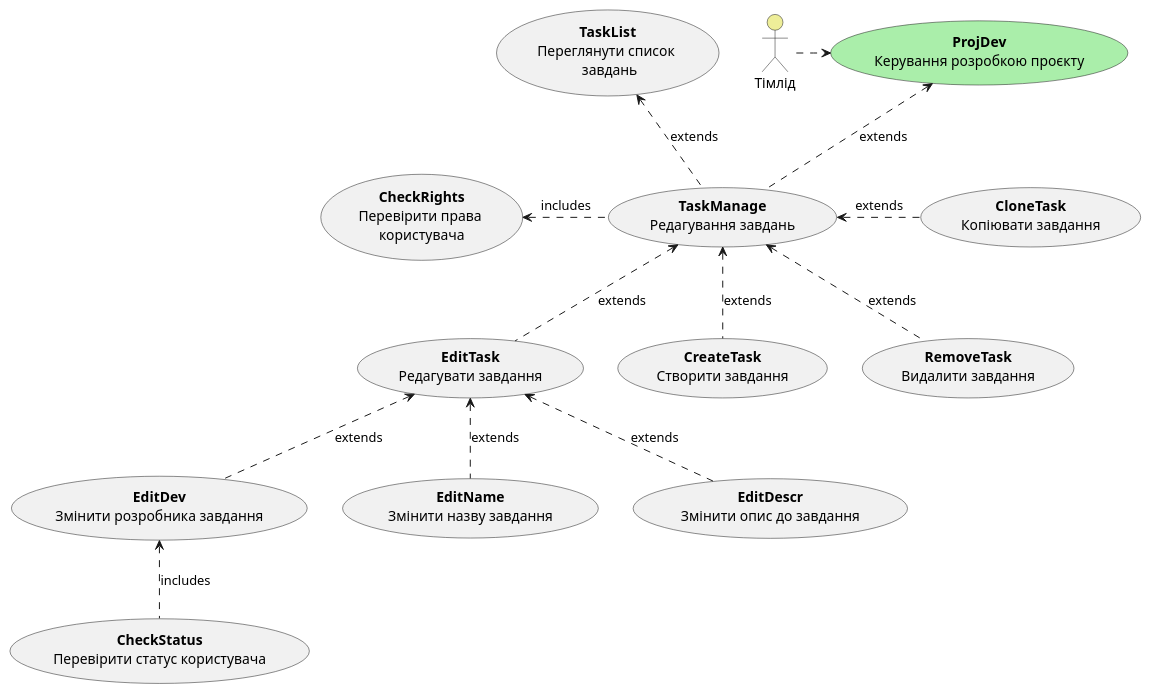
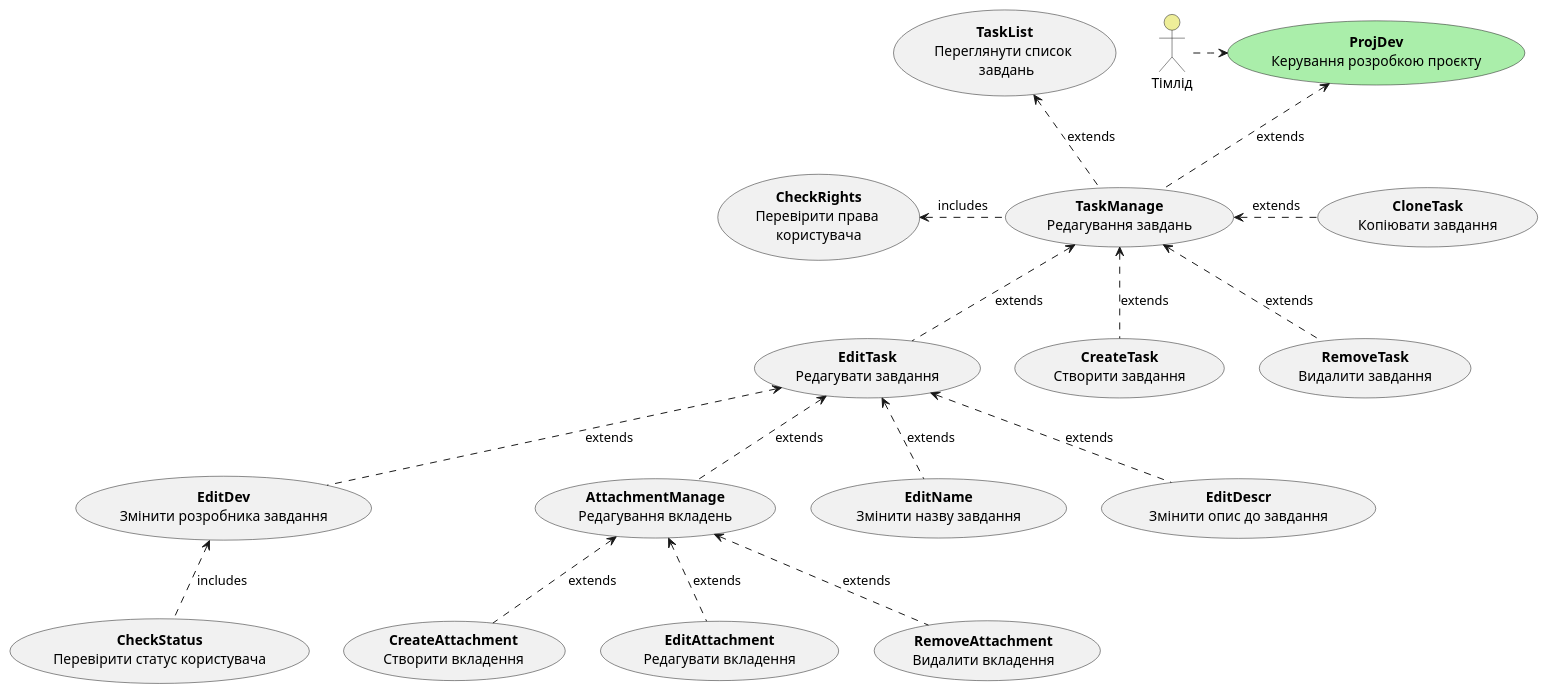
One commit to svitbar/dbuildery changed the fourth of 22 diagrams in docs/use cases/README.md. Above: the diagram before and after it, drawn with PlantUML.

Commit message:
teamlead

```diff
--- a/docs/use cases/README.md
+++ b/docs/use cases/README.md
@@ -169,39 +169,49 @@
 @startuml
 
     usecase "<b>ProjDev</b>\nКерування розробкою проєкту" as ProjDev #aaeeaa
     usecase "<b>TaskManage</b>\nРедагування завдань" as TaskManage 
     
     actor "Тімлід" as Teamlead #eeee99
 
     Teamlead .r.-> ProjDev
     
     usecase "<b>CheckRights</b>\nПеревірити права \nкористувача" as CheckRights
 
     usecase "<b>TaskList</b>\nПереглянути список \n завдань" as TaskList
     usecase "<b>CreateTask</b>\nСтворити завдання" as CreateTask
     usecase "<b>RemoveTask</b>\nВидалити завдання" as RemoveTask
     usecase "<b>EditTask</b>\nРедагувати завдання" as EditTask
     usecase "<b>CloneTask</b>\nКопіювати завдання" as CloneTask
     
     TaskManage .u.> ProjDev: extends
     TaskManage .u.> TaskList: extends
     CreateTask .u.> TaskManage: extends
     EditTask .u.> TaskManage: extends
     RemoveTask .u.> TaskManage: extends
     CloneTask .l.> TaskManage: extends
     
     TaskManage .l.> CheckRights: includes
 
     usecase "<b>EditName</b>\nЗмінити назву завдання" as EditName
     usecase "<b>EditDescr</b>\nЗмінити опис до завдання" as EditDescr
     usecase "<b>EditDev</b>\nЗмінити розробника завдання" as EditDev
+    usecase "<b>AttachmentManage</b>\nРедагування вкладень" as AttachmentManage
 
     usecase "<b>CheckStatus</b>\nПеревірити статус користувача" as CheckStatus
 
     EditName .u.> EditTask: extends
     EditDescr .u.> EditTask: extends
     EditDev .u.> EditTask: extends
+    AttachmentManage .u.> EditTask: extends
+    
+    usecase "<b>CreateAttachment</b>\nСтворити вкладення" as CreateAttachment
+    usecase "<b>EditAttachment</b>\nРедагувати вкладення" as EditAttachment
+    usecase "<b>RemoveAttachment</b>\nВидалити вкладення" as RemoveAttachment
+
+    CreateAttachment .u.> AttachmentManage: extends
+    EditAttachment .u.> AttachmentManage: extends
+    RemoveAttachment .u.> AttachmentManage: extends
 
     CheckStatus .u.> EditDev: includes
 
 @enduml
```
